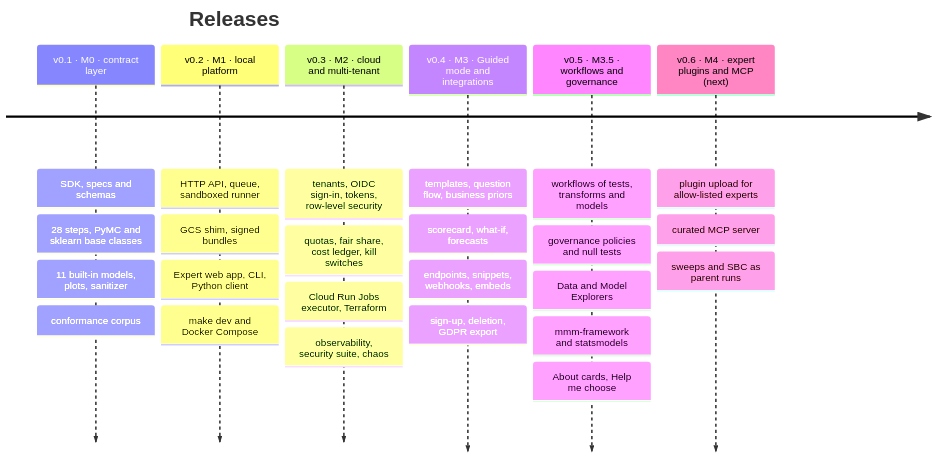
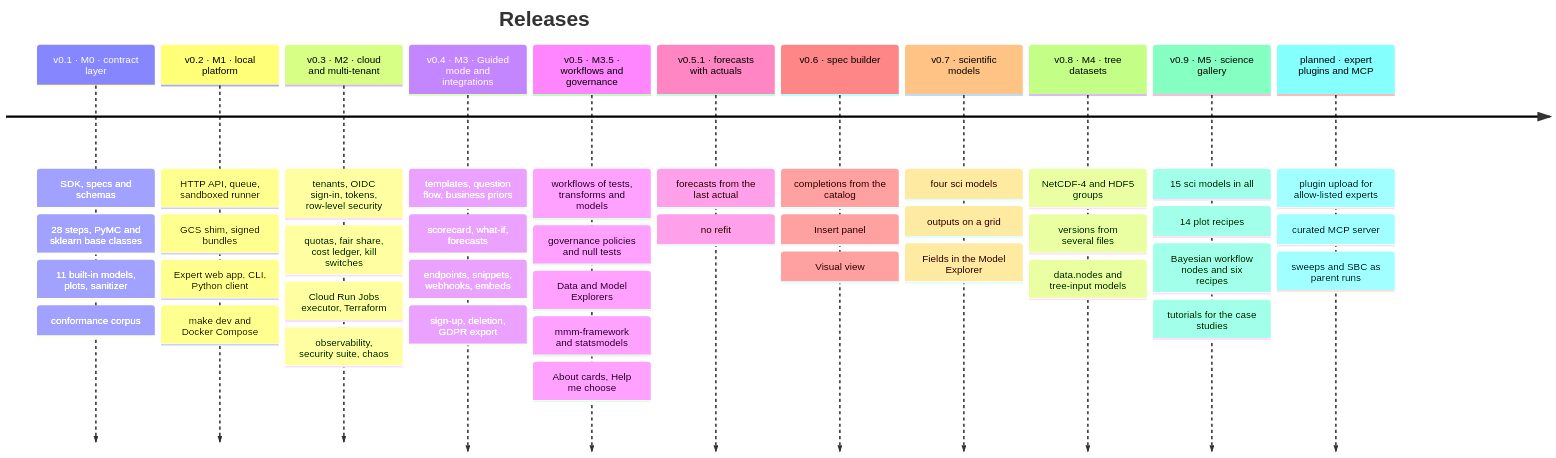
The diagram in docs/roadmap/index.md (redam94/modeling-api), drawn with Mermaid before and after one commit. The commit also changed other lines of this file and 38 other files, not shown here.

````diff
--- a/docs/roadmap/index.md
+++ b/docs/roadmap/index.md
@@ -13,10 +13,15 @@
 ```mermaid
 timeline
     title Releases
     v0.1 · M0 · contract layer : SDK, specs and schemas : 28 steps, PyMC and sklearn base classes : 11 built-in models, plots, sanitizer : conformance corpus
     v0.2 · M1 · local platform : HTTP API, queue, sandboxed runner : GCS shim, signed bundles : Expert web app, CLI, Python client : make dev and Docker Compose
     v0.3 · M2 · cloud and multi-tenant : tenants, OIDC sign-in, tokens, row-level security : quotas, fair share, cost ledger, kill switches : Cloud Run Jobs executor, Terraform : observability, security suite, chaos
     v0.4 · M3 · Guided mode and integrations : templates, question flow, business priors : scorecard, what-if, forecasts : endpoints, snippets, webhooks, embeds : sign-up, deletion, GDPR export
     v0.5 · M3.5 · workflows and governance : workflows of tests, transforms and models : governance policies and null tests : Data and Model Explorers : mmm-framework and statsmodels : About cards, Help me choose
-    v0.6 · M4 · expert plugins and MCP (next) : plugin upload for allow-listed experts : curated MCP server : sweeps and SBC as parent runs
+    v0.5.1 · forecasts with actuals : forecasts from the last actual : no refit
+    v0.6 · spec builder : completions from the catalog : Insert panel : Visual view
+    v0.7 · scientific models : four sci models : outputs on a grid : Fields in the Model Explorer
+    v0.8 · M4 · tree datasets : NetCDF-4 and HDF5 groups : versions from several files : data.nodes and tree-input models
+    v0.9 · M5 · science gallery : 15 sci models in all : 14 plot recipes : Bayesian workflow nodes and six recipes : tutorials for the case studies
+    planned · expert plugins and MCP : plugin upload for allow-listed experts : curated MCP server : sweeps and SBC as parent runs
 ```
````
